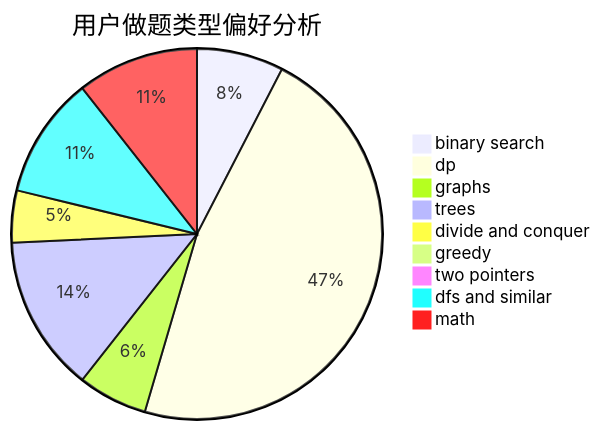
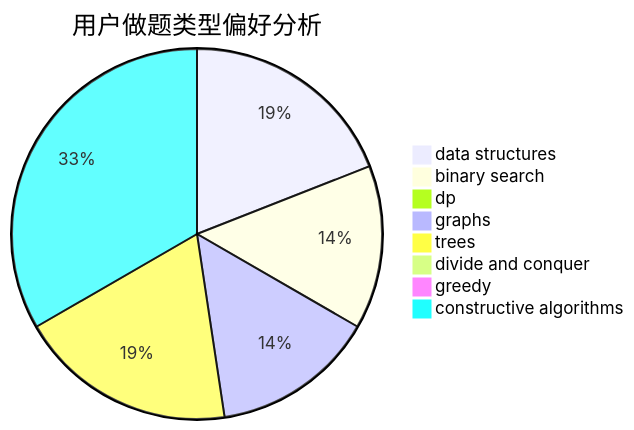
The second of 3 diagrams in docs/user/u284.md (sherpahu/cfrs.github.io), drawn with Mermaid before and after one commit. The commit also changed other lines of this file and 2775 other files, not shown here.

````diff
--- a/docs/user/u284.md
+++ b/docs/user/u284.md
@@ -23,12 +23,11 @@
 ```mermaid
 pie title 用户做题类型偏好分析
-    "binary search" :  5
-    "dp" :  31
-    "graphs" :  4
-    "trees" :  9
-    "divide and conquer" :  3
+    "data structures" :  4
+    "binary search" :  3
+    "dp" :  0
+    "graphs" :  3
+    "trees" :  4
+    "divide and conquer" :  0
     "greedy" :  0
-    "two pointers" :  0
-    "dfs and similar" :  7
-    "math" :  7
+    "constructive algorithms" :  7
 ```
````
